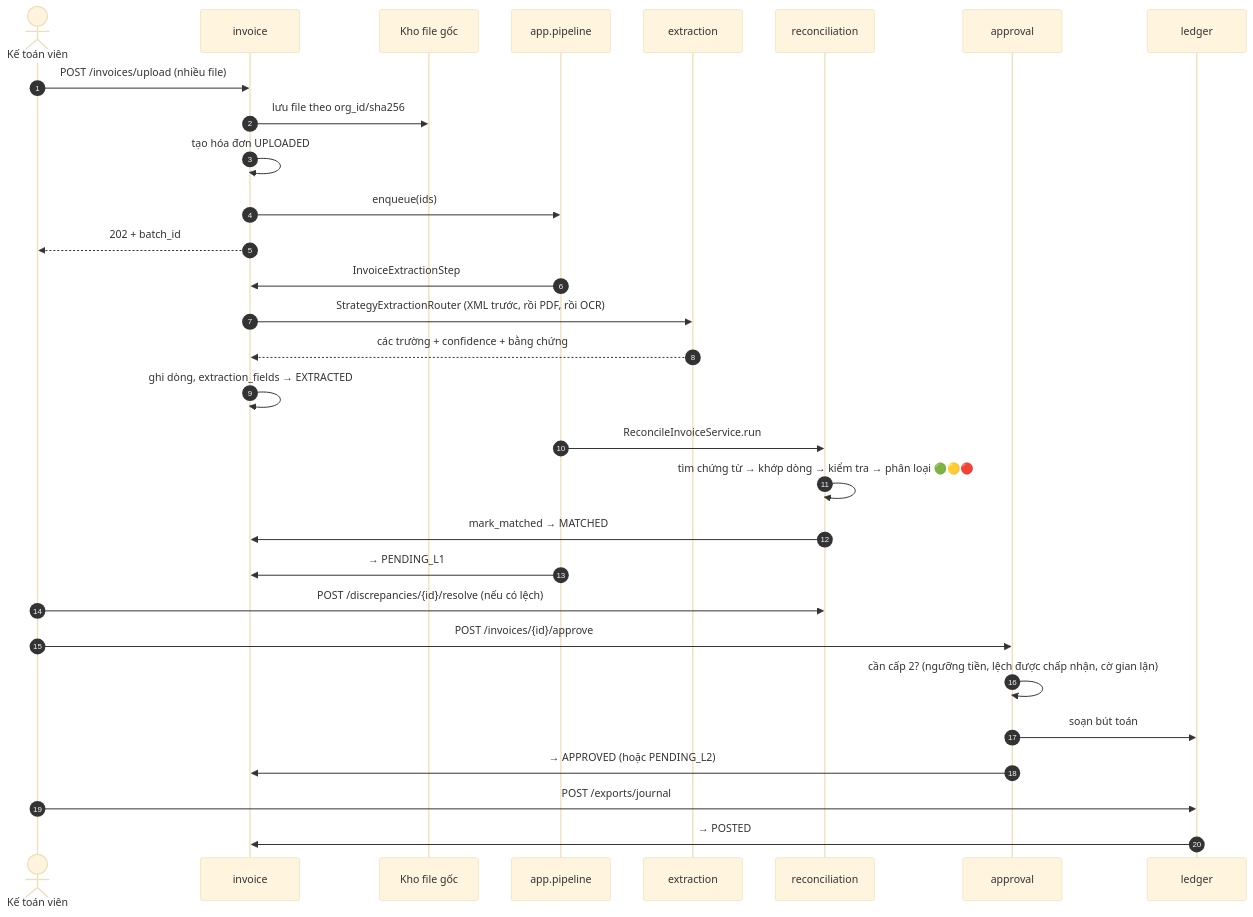
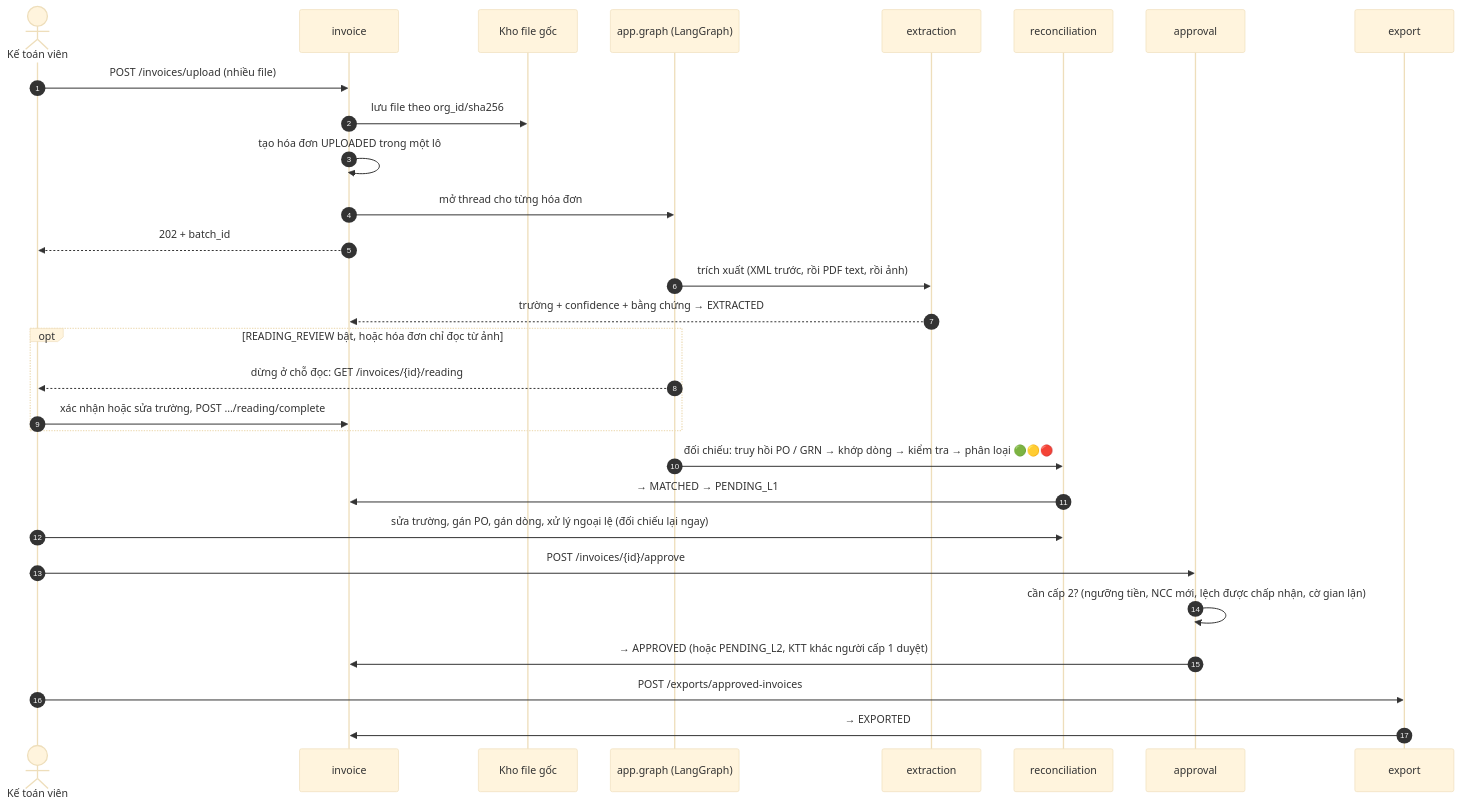
Before and after one commit to kamitoznguyen-collab/Fantastic4-BuildPhase: the fourth of 7 diagrams in docs/C4_DESIGN.md, drawn with Mermaid (base theme). The commit also changed other lines of this file and 2 other files, not shown here.

````diff
--- a/docs/C4_DESIGN.md
+++ b/docs/C4_DESIGN.md
@@ -207,36 +210,35 @@
 ```mermaid
 sequenceDiagram
     autonumber
     actor KTV as Kế toán viên
     participant INV as invoice
     participant ST as Kho file gốc
-    participant P as app.pipeline
+    participant G as app.graph (LangGraph)
     participant EX as extraction
     participant REC as reconciliation
     participant APR as approval
-    participant LED as ledger
+    participant EXP as export
 
     KTV->>INV: POST /invoices/upload (nhiều file)
     INV->>ST: lưu file theo org_id/sha256
-    INV->>INV: tạo hóa đơn UPLOADED
-    INV->>P: enqueue(ids)
+    INV->>INV: tạo hóa đơn UPLOADED trong một lô
+    INV->>G: mở thread cho từng hóa đơn
     INV-->>KTV: 202 + batch_id
 
-    P->>INV: InvoiceExtractionStep
-    INV->>EX: StrategyExtractionRouter (XML trước, rồi PDF, rồi OCR)
-    EX-->>INV: các trường + confidence + bằng chứng
-    INV->>INV: ghi dòng, extraction_fields → EXTRACTED
+    G->>EX: trích xuất (XML trước, rồi PDF text, rồi ảnh)
+    EX-->>INV: trường + confidence + bằng chứng → EXTRACTED
+    opt READING_REVIEW bật, hoặc hóa đơn chỉ đọc từ ảnh
+        G-->>KTV: dừng ở chỗ đọc: GET /invoices/{id}/reading
+        KTV->>INV: xác nhận hoặc sửa trường, POST …/reading/complete
+    end
 
-    P->>REC: ReconcileInvoiceService.run
-    REC->>REC: tìm chứng từ → khớp dòng → kiểm tra → phân loại 🟢🟡🔴
-    REC->>INV: mark_matched → MATCHED
-    P->>INV: → PENDING_L1
+    G->>REC: đối chiếu: truy hồi PO / GRN → khớp dòng → kiểm tra → phân loại 🟢🟡🔴
+    REC->>INV: → MATCHED → PENDING_L1
 
-    KTV->>REC: POST /discrepancies/{id}/resolve (nếu có lệch)
+    KTV->>REC: sửa trường, gán PO, gán dòng, xử lý ngoại lệ (đối chiếu lại ngay)
     KTV->>APR: POST /invoices/{id}/approve
-    APR->>APR: cần cấp 2? (ngưỡng tiền, lệch được chấp nhận, cờ gian lận)
-    APR->>LED: soạn bút toán
-    APR->>INV: → APPROVED (hoặc PENDING_L2)
-    KTV->>LED: POST /exports/journal
-    LED->>INV: → POSTED
+    APR->>APR: cần cấp 2? (ngưỡng tiền, NCC mới, lệch được chấp nhận, cờ gian lận)
+    APR->>INV: → APPROVED (hoặc PENDING_L2, KTT khác người cấp 1 duyệt)
+    KTV->>EXP: POST /exports/approved-invoices
+    EXP->>INV: → EXPORTED
 ```
````
